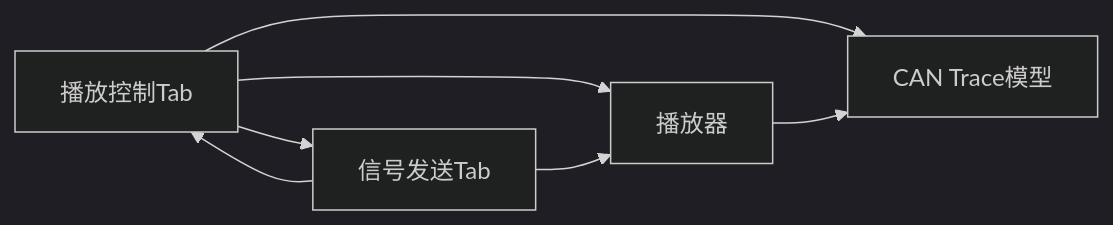
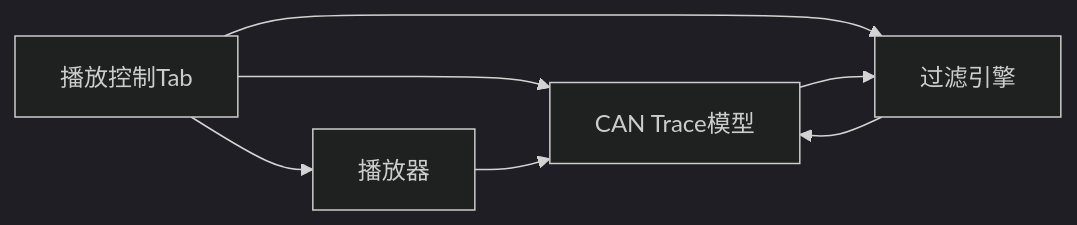
One commit to jakecai1225-design/OpenBus changed the sixth of 6 diagrams in .qoder/repowiki/zh/content/架构设计/UI系统设计/播放控制Tab组件.md. Above: the diagram before and after it, drawn with Mermaid (dark theme). The commit also changed other lines of this file and 13 other files, not shown here.

````diff
--- a/.qoder/repowiki/zh/content/架构设计/UI系统设计/播放控制Tab组件.md
+++ b/.qoder/repowiki/zh/content/架构设计/UI系统设计/播放控制Tab组件.md
@@ -370,9 +363,9 @@
 ```mermaid
 graph LR
 PlaybackTab["播放控制Tab"] --> Player["播放器"]
+PlaybackTab --> FilterEngine["过滤引擎"]
 PlaybackTab --> TraceModel["CAN Trace模型"]
-PlaybackTab --> SignalSendTab["信号发送Tab"]
-SignalSendTab --> PlaybackTab
 Player --> TraceModel
-SignalSendTab --> Player
+FilterEngine --> TraceModel
+TraceModel --> FilterEngine
 ```
````
